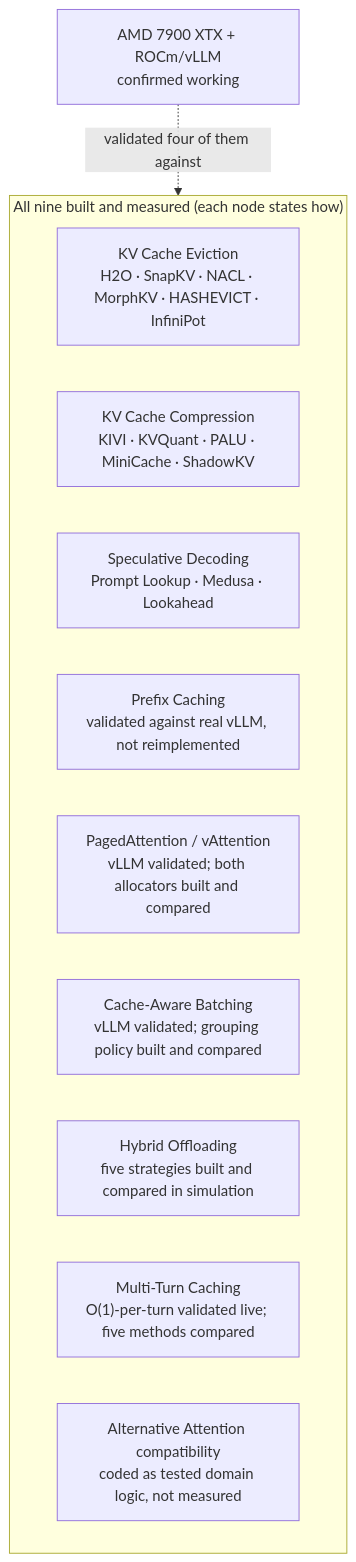
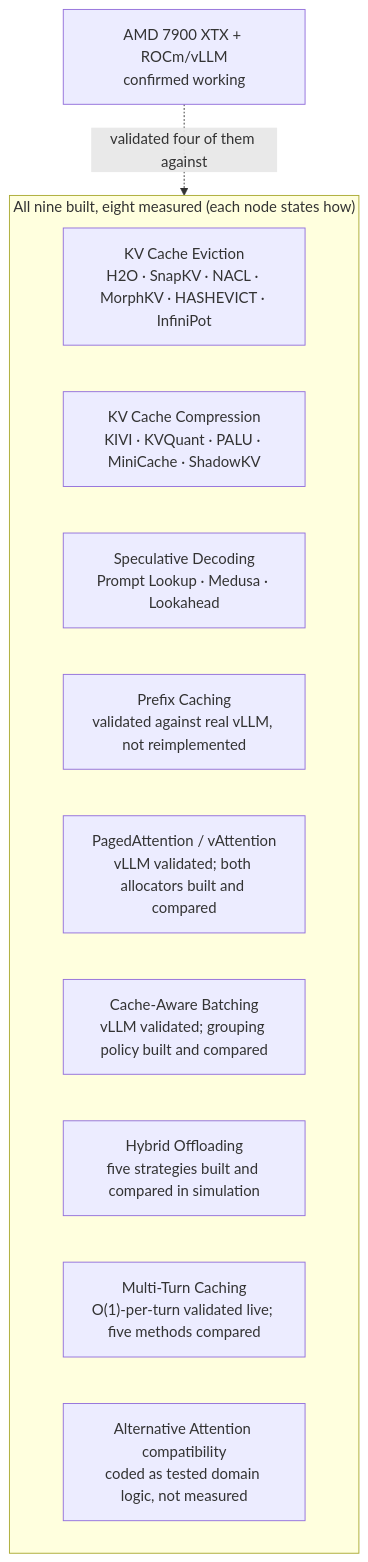
The diagram in docs/architecture/CAG.md (aaronrmDev/AI-AUGMENTED-GENERATION), drawn with Mermaid before and after one commit. The commit also changed other lines of this file and 2 other files, not shown here.

````diff
--- a/docs/architecture/CAG.md
+++ b/docs/architecture/CAG.md
@@ -29,15 +29,15 @@
 ```mermaid
 flowchart TD
-    subgraph built["All nine built and measured (each node states how)"]
+    subgraph built["All nine built, eight measured (each node states how)"]
         EVICT["KV Cache Eviction<br/>H2O · SnapKV · NACL · MorphKV · HASHEVICT · InfiniPot"]
         COMP["KV Cache Compression<br/>KIVI · KVQuant · PALU · MiniCache · ShadowKV"]
         SPEC["Speculative Decoding<br/>Prompt Lookup · Medusa · Lookahead"]
         PREFIX["Prefix Caching<br/>validated against real vLLM, not reimplemented"]
         PAGED["PagedAttention / vAttention<br/>vLLM validated; both allocators built and compared"]
         BATCH["Cache-Aware Batching<br/>vLLM validated; grouping policy built and compared"]
         HYBRID["Hybrid Offloading<br/>five strategies built and compared in simulation"]
         MULTI["Multi-Turn Caching<br/>O(1)-per-turn validated live; five methods compared"]
         ATTN["Alternative Attention compatibility<br/>coded as tested domain logic, not measured"]
     end
     HW["AMD 7900 XTX + ROCm/vLLM<br/>confirmed working"] -.validated four of them against.-> built
 ```
````
